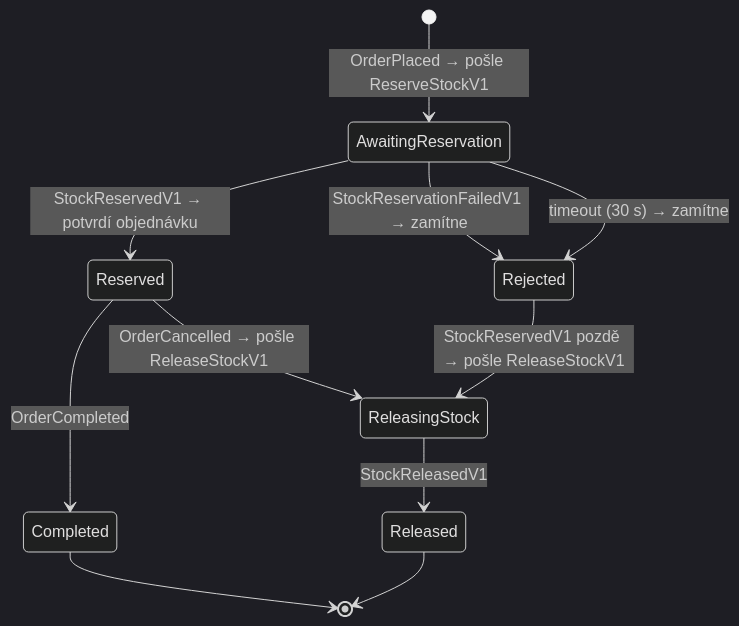
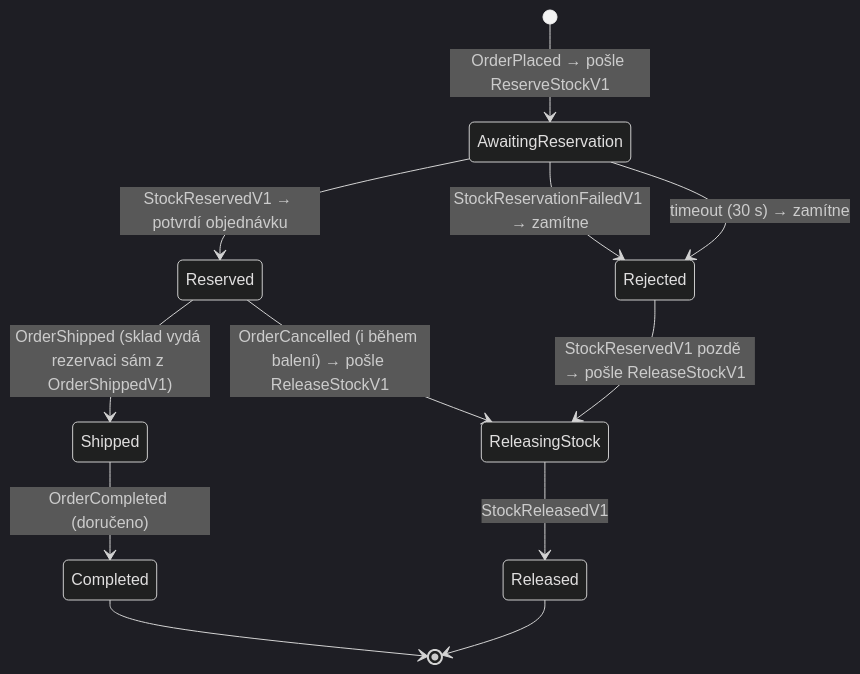
The second of 2 diagrams in docs/prirucka/architektura/stavove-diagramy.md (ftichy/MiniShop), drawn with Mermaid (dark theme) before and after one commit. The commit also changed other lines of this file and 68 other files, not shown here.

````diff
--- a/docs/prirucka/architektura/stavove-diagramy.md
+++ b/docs/prirucka/architektura/stavove-diagramy.md
@@ -50,13 +61,14 @@
 ```mermaid
 stateDiagram-v2
     [*] --> AwaitingReservation : OrderPlaced → pošle ReserveStockV1
     AwaitingReservation --> Reserved : StockReservedV1 → potvrdí objednávku
     AwaitingReservation --> Rejected : StockReservationFailedV1 → zamítne
     AwaitingReservation --> Rejected : timeout (30 s) → zamítne
     Rejected --> ReleasingStock : StockReservedV1 pozdě → pošle ReleaseStockV1
-    Reserved --> Completed : OrderCompleted
-    Reserved --> ReleasingStock : OrderCancelled → pošle ReleaseStockV1
+    Reserved --> Shipped : OrderShipped (sklad vydá rezervaci sám z OrderShippedV1)
+    Shipped --> Completed : OrderCompleted (doručeno)
+    Reserved --> ReleasingStock : OrderCancelled (i během balení) → pošle ReleaseStockV1
     ReleasingStock --> Released : StockReleasedV1
     Completed --> [*]
     Released --> [*]
 ```
````
